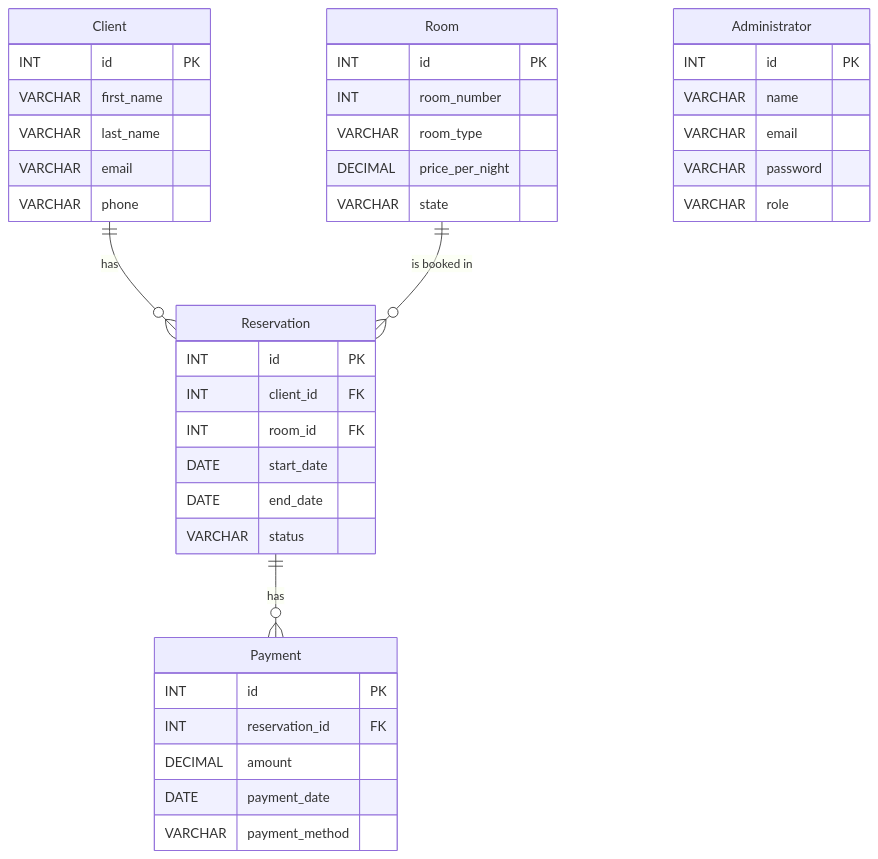
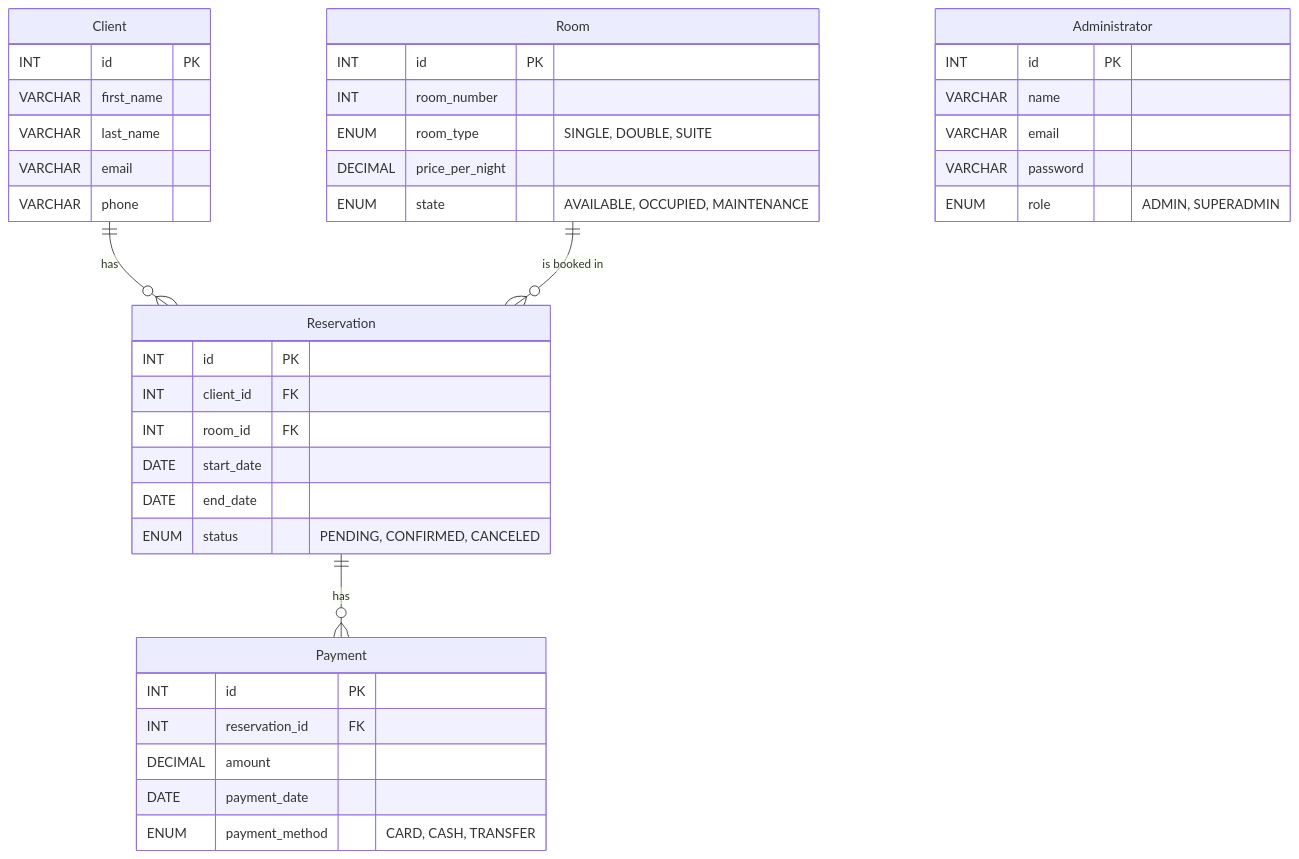
One commit to asobrados03/HotelManagementAPI changed the first of 4 diagrams in README.md. Above: the diagram before and after it, drawn with Mermaid.

````diff
--- a/README.md
+++ b/README.md
@@ -6,47 +6,47 @@
 ```mermaid
 erDiagram
     Client {
         INT id PK
         VARCHAR first_name
         VARCHAR last_name
         VARCHAR email
         VARCHAR phone
     }
 
     Room {
         INT id PK
         INT room_number
-        VARCHAR room_type
+        ENUM room_type "SINGLE, DOUBLE, SUITE"
         DECIMAL price_per_night
-        VARCHAR state
+        ENUM state "AVAILABLE, OCCUPIED, MAINTENANCE"
     }
 
     Reservation {
         INT id PK
         INT client_id FK
         INT room_id FK
         DATE start_date
         DATE end_date
-        VARCHAR status
+        ENUM status "PENDING, CONFIRMED, CANCELED"
     }
 
     Payment {
         INT id PK
         INT reservation_id FK
         DECIMAL amount
         DATE payment_date
-        VARCHAR payment_method
+        ENUM payment_method "CARD, CASH, TRANSFER"
     }
 
     Administrator {
         INT id PK
         VARCHAR name
         VARCHAR email
         VARCHAR password
-        VARCHAR role
+        ENUM role "ADMIN, SUPERADMIN"
     }
 
     Client ||--o{ Reservation : has
     Room ||--o{ Reservation : "is booked in"
     Reservation ||--o{ Payment : has
 ```
````
